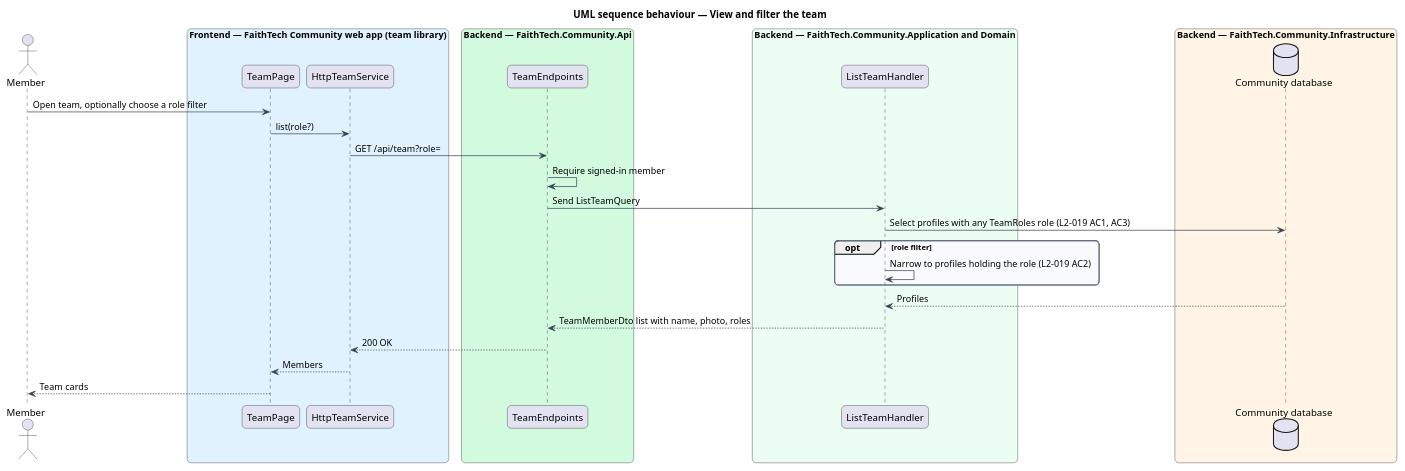
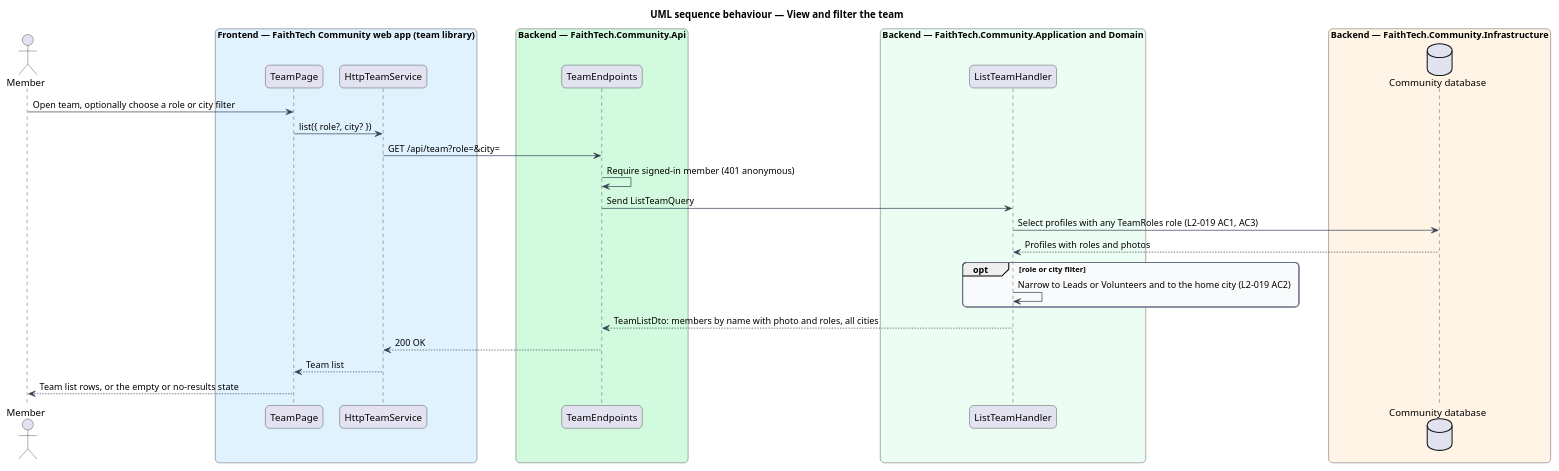
The diagram in docs/detailed-designs/team/team-list/diagrams/sequence-view-team.puml (QuinntyneBrown/faithtech-community), drawn with PlantUML before and after one commit. The commit also changed 14 other files, not shown here.

First line of the commit message:
Close the team list documentation gaps

```diff
--- a/docs/detailed-designs/team/team-list/diagrams/sequence-view-team.puml
+++ b/docs/detailed-designs/team/team-list/diagrams/sequence-view-team.puml
@@ -1,45 +1,45 @@
 @startuml
 title UML sequence behaviour — View and filter the team
 skinparam backgroundColor #FFFFFF
 skinparam shadowing false
 skinparam roundcorner 12
 skinparam defaultFontName Arial
 skinparam ArrowColor #344054
 skinparam rectangle {
   BorderColor #344054
   FontColor #101828
 }
 skinparam package {
   BorderColor #667085
   FontColor #101828
   BackgroundColor #F9FAFB
 }
 actor "Member" as actor
 box "Frontend — FaithTech Community web app (team library)" #E0F2FE
   participant "TeamPage" as page
   participant "HttpTeamService" as svc
 end box
 box "Backend — FaithTech.Community.Api" #D1FADF
   participant "TeamEndpoints" as ep
 end box
 box "Backend — FaithTech.Community.Application and Domain" #ECFDF3
   participant "ListTeamHandler" as h
 end box
 box "Backend — FaithTech.Community.Infrastructure" #FFF4E5
   database "Community database" as db
 end box
-actor -> page : Open team, optionally choose a role filter
-page -> svc : list(role?)
-svc -> ep : GET /api/team?role=
-ep -> ep : Require signed-in member
+actor -> page : Open team, optionally choose a role or city filter
+page -> svc : list({ role?, city? })
+svc -> ep : GET /api/team?role=&city=
+ep -> ep : Require signed-in member (401 anonymous)
 ep -> h : Send ListTeamQuery
 h -> db : Select profiles with any TeamRoles role (L2-019 AC1, AC3)
-opt role filter
-  h -> h : Narrow to profiles holding the role (L2-019 AC2)
+db --> h : Profiles with roles and photos
+opt role or city filter
+  h -> h : Narrow to Leads or Volunteers and to the home city (L2-019 AC2)
 end
-db --> h : Profiles
-h --> ep : TeamMemberDto list with name, photo, roles
+h --> ep : TeamListDto: members by name with photo and roles, all cities
 ep --> svc : 200 OK
-svc --> page : Members
-page --> actor : Team cards
+svc --> page : Team list
+page --> actor : Team list rows, or the empty or no-results state
 @enduml
```
